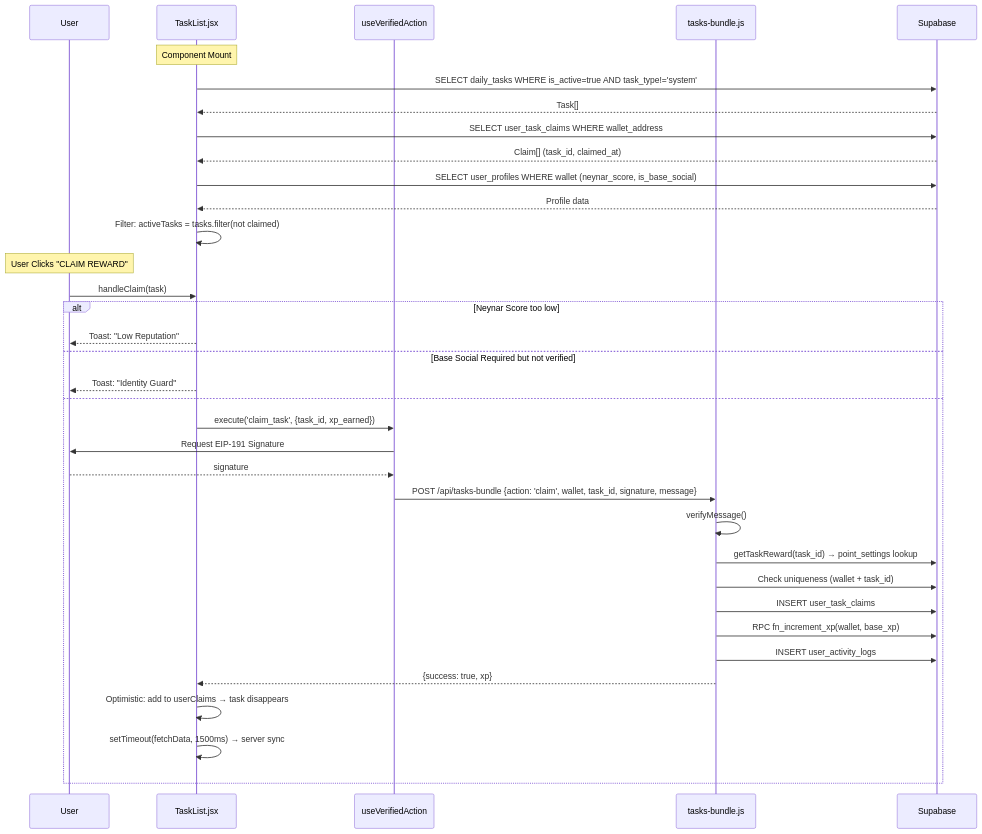
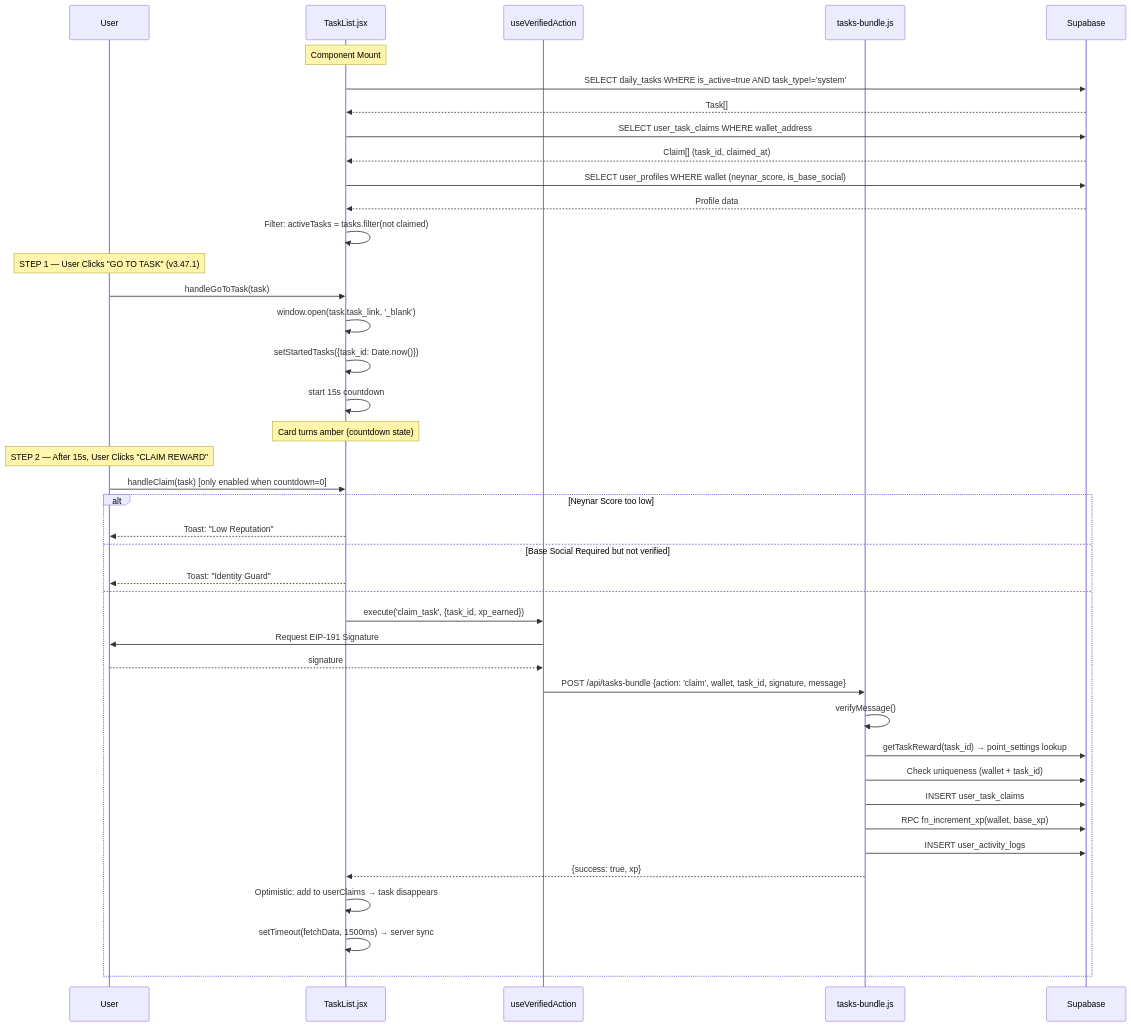
The fifth of 8 diagrams in PRD/TASK_FEATURE_WORKFLOW.md (cryptodiscolab/Crypto_Discovery_App), drawn with Mermaid before and after one commit. The commit also changed other lines of this file and 4 other files, not shown here.

````diff
--- a/PRD/TASK_FEATURE_WORKFLOW.md
+++ b/PRD/TASK_FEATURE_WORKFLOW.md
@@ -432,43 +434,50 @@
 ```mermaid
 sequenceDiagram
     participant U as User
     participant TL as TaskList.jsx
     participant UVA as useVerifiedAction
     participant API as tasks-bundle.js
     participant DB as Supabase
 
     Note over TL: Component Mount
     TL->>DB: SELECT daily_tasks WHERE is_active=true AND task_type!='system'
     DB-->>TL: Task[]
     TL->>DB: SELECT user_task_claims WHERE wallet_address
     DB-->>TL: Claim[] (task_id, claimed_at)
     TL->>DB: SELECT user_profiles WHERE wallet (neynar_score, is_base_social)
     DB-->>TL: Profile data
 
     TL->>TL: Filter: activeTasks = tasks.filter(not claimed)
 
-    Note over U: User Clicks "CLAIM REWARD"
-    U->>TL: handleClaim(task)
+    Note over U: STEP 1 — User Clicks "GO TO TASK" (v3.47.1)
+    U->>TL: handleGoToTask(task)
+    TL->>TL: window.open(task.task_link, '_blank')
+    TL->>TL: setStartedTasks({task_id: Date.now()})
+    TL->>TL: start 15s countdown
+    Note over TL: Card turns amber (countdown state)
+
+    Note over U: STEP 2 — After 15s, User Clicks "CLAIM REWARD"
+    U->>TL: handleClaim(task) [only enabled when countdown=0]
 
     alt Neynar Score too low
         TL-->>U: Toast: "Low Reputation"
     else Base Social Required but not verified
         TL-->>U: Toast: "Identity Guard"
     else
         TL->>UVA: execute('claim_task', {task_id, xp_earned})
         UVA->>U: Request EIP-191 Signature
         U-->>UVA: signature
         UVA->>API: POST /api/tasks-bundle {action: 'claim', wallet, task_id, signature, message}
 
         API->>API: verifyMessage()
         API->>DB: getTaskReward(task_id) → point_settings lookup
         API->>DB: Check uniqueness (wallet + task_id)
         API->>DB: INSERT user_task_claims
         API->>DB: RPC fn_increment_xp(wallet, base_xp)
         API->>DB: INSERT user_activity_logs
         API-->>TL: {success: true, xp}
 
         TL->>TL: Optimistic: add to userClaims → task disappears
         TL->>TL: setTimeout(fetchData, 1500ms) → server sync
     end
 ```
````
